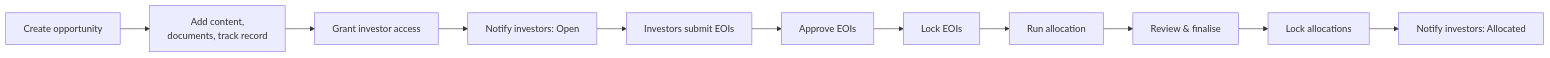
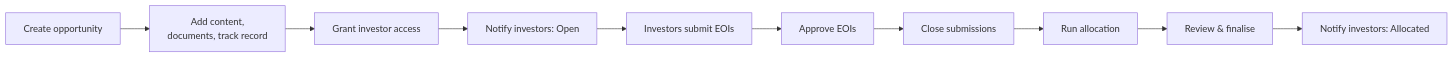
Before and after one commit to sampadadiwan/IRM_CompanyMain: the first of 3 diagrams in docs/user_guides/investment_opportunity_user_guide.md, drawn with Mermaid. The commit also changed other lines of this file and 135 other files, not shown here.

````diff
--- a/docs/user_guides/investment_opportunity_user_guide.md
+++ b/docs/user_guides/investment_opportunity_user_guide.md
@@ -28,13 +30,12 @@
 ```mermaid
 flowchart LR
     A[Create opportunity] --> B[Add content,<br/>documents, track record]
     B --> C[Grant investor access]
     C --> D[Notify investors: Open]
     D --> E[Investors submit EOIs]
     E --> F[Approve EOIs]
-    F --> G[Lock EOIs]
+    F --> G[Close submissions]
     G --> H[Run allocation]
     H --> I[Review & finalise]
-    I --> J[Lock allocations]
-    J --> K[Notify investors: Allocated]
+    I --> K[Notify investors: Allocated]
 ```
````
